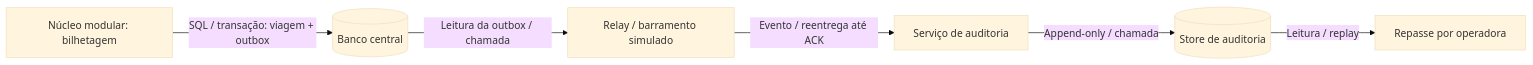
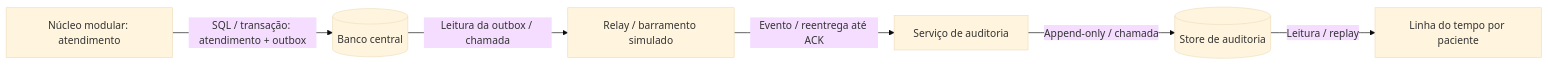
Before and after one commit to NPLaura22/Grupo02_PADROES_E_ARQUITETURA_DE_SOFTWARE: the diagram in 3-spike/README.md, drawn with Mermaid (base theme). The commit also changed other lines of this file and 3 other files, not shown here.

````diff
--- a/3-spike/README.md
+++ b/3-spike/README.md
@@ -5,8 +5,8 @@
 ```mermaid
 flowchart LR
-    N["Núcleo modular: bilhetagem"] -->|"SQL / transação: viagem + outbox"| C[(Banco central)]
+    N["Núcleo modular: atendimento"] -->|"SQL / transação: atendimento + outbox"| C[(Banco central)]
     C -->|"Leitura da outbox / chamada"| B["Relay / barramento simulado"]
     B -->|"Evento / reentrega até ACK"| A[Serviço de auditoria]
     A -->|"Append-only / chamada"| S[(Store de auditoria)]
-    S -->|"Leitura / replay"| R[Repasse por operadora]
+    S -->|"Leitura / replay"| R[Linha do tempo por paciente]
 ```
````
